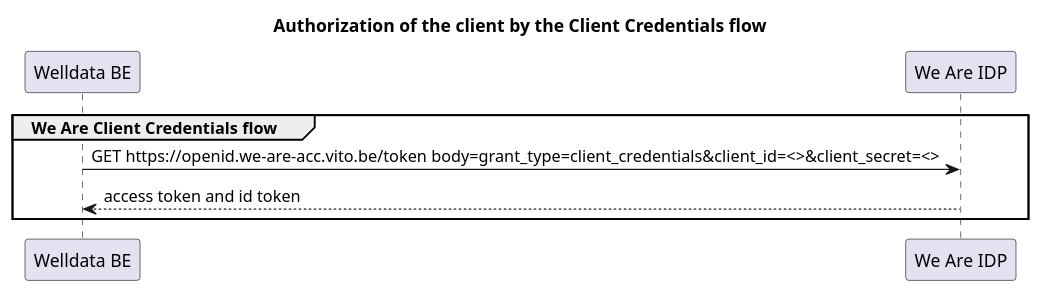
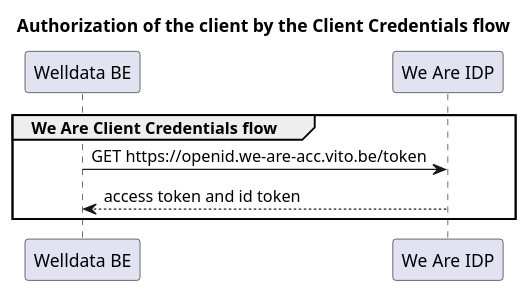
One commit to GIDSOpenStandaarden/welldata-implementation-guide changed the diagram in input/images-source/client-credentials.plantuml. Above: the diagram before and after it, drawn with PlantUML. The commit also changed 7 other files, not shown here.

```diff
--- a/input/images-source/client-credentials.plantuml
+++ b/input/images-source/client-credentials.plantuml
@@ -1,12 +1,12 @@
 @startuml
 title Authorization of the client by the Client Credentials flow
 
 participant "Welldata BE" as welldataBE
 participant "We Are IDP" as weareidp
 
 group We Are Client Credentials flow
- welldataBE->weareidp: GET https://openid.we-are-acc.vito.be/token body=grant_type=client_credentials&client_id=<>&client_secret=<>
+ welldataBE->weareidp: GET https://openid.we-are-acc.vito.be/token
  weareidp-->welldataBE: access token and id token
 end
 
 @enduml
```
